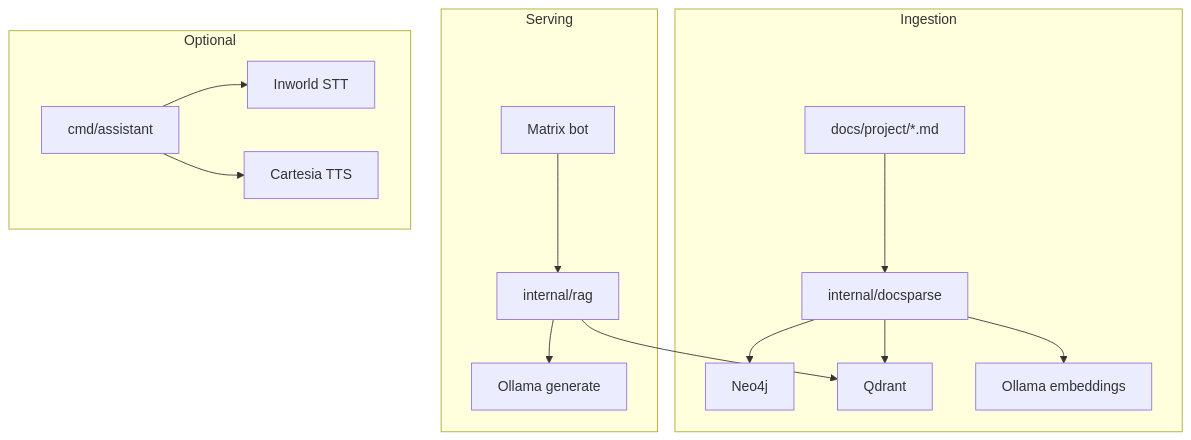
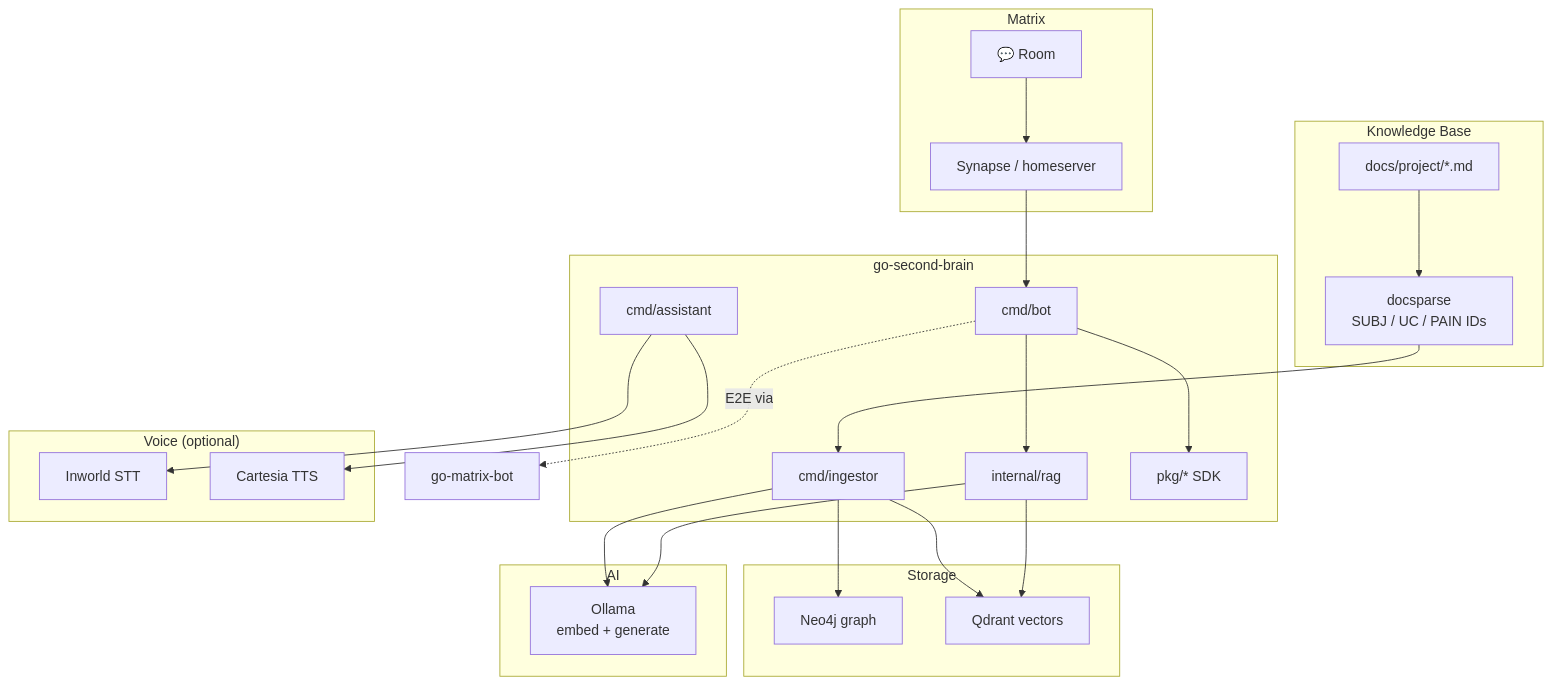
Before and after one commit to eSlider/go-second-brain: the first of 5 diagrams in README.md, drawn with Mermaid. The commit also changed other lines of this file and 1 other file, not shown here.

First line of the commit message:
docs: align README and pkg.go.dev with go-matrix-bot style

````diff
--- a/README.md
+++ b/README.md
@@ -13,24 +17,47 @@
 ```mermaid
-flowchart TB
-  subgraph ingest [Ingestion]
-    MD["docs/project/*.md"]
-    Parser["internal/docsparse"]
-    MD --> Parser
-    Parser --> Neo4j["Neo4j"]
-    Parser --> Qdrant["Qdrant"]
-    Parser --> OllamaE["Ollama embeddings"]
-  end
-  subgraph serve [Serving]
-    Matrix["Matrix bot"]
-    RAG["internal/rag"]
-    OllamaG["Ollama generate"]
-    Matrix --> RAG
-    RAG --> Qdrant
-    RAG --> OllamaG
-  end
-  subgraph voice [Optional]
-    Assistant["cmd/assistant"]
-    Assistant --> Inworld["Inworld STT"]
-    Assistant --> Cartesia["Cartesia TTS"]
-  end
+graph TB
+    subgraph "Knowledge Base"
+        MD["docs/project/*.md"]
+        DS["docsparse<br/>SUBJ / UC / PAIN IDs"]
+    end
+
+    subgraph "go-second-brain"
+        ING["cmd/ingestor"]
+        RAG["internal/rag"]
+        BOT["cmd/bot"]
+        VA["cmd/assistant"]
+        PKG["pkg/* SDK"]
+    end
+
+    subgraph "Storage"
+        N4J["Neo4j graph"]
+        QD["Qdrant vectors"]
+    end
+
+    subgraph "AI"
+        OL["Ollama<br/>embed + generate"]
+    end
+
+    subgraph "Matrix"
+        MX["Synapse / homeserver"]
+        RM["💬 Room"]
+    end
+
+    subgraph "Voice (optional)"
+        IW["Inworld STT"]
+        CT["Cartesia TTS"]
+    end
+
+    MD --> DS --> ING
+    ING --> N4J
+    ING --> QD
+    ING --> OL
+    RM --> MX --> BOT
+    BOT --> RAG
+    RAG --> QD
+    RAG --> OL
+    BOT --> PKG
+    VA --> IW
+    VA --> CT
+    BOT -.->|"E2E via"| MBot["go-matrix-bot"]
 ```
````
